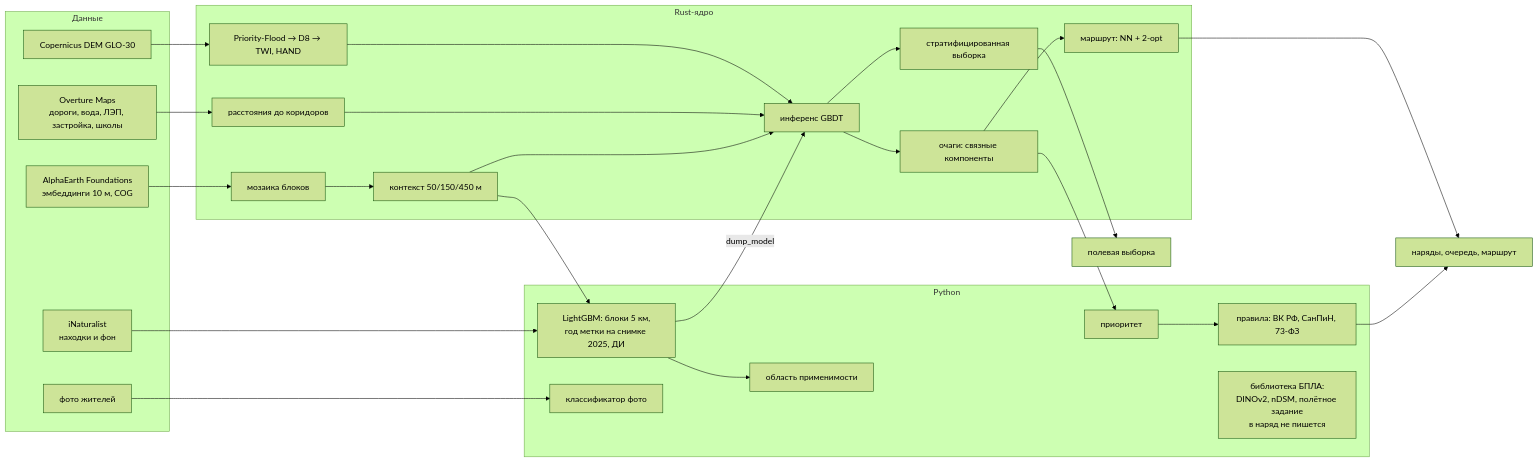
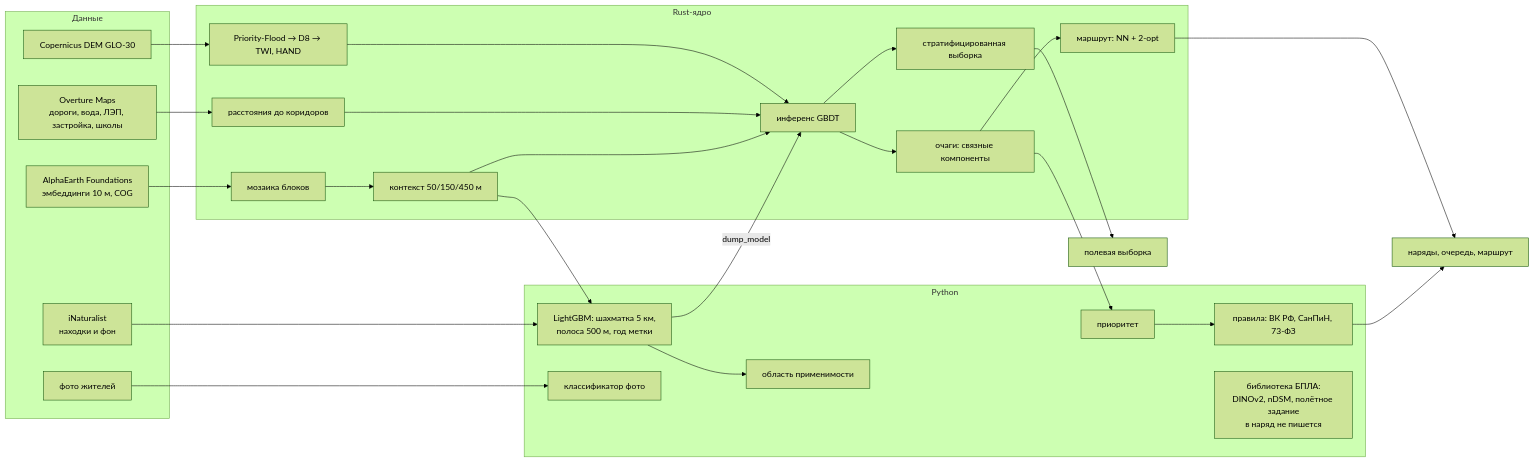
Before and after one commit to KonkovDV/InvaRadar: the diagram in docs/ARCHITECTURE.md, drawn with Mermaid (forest theme). The commit also changed other lines of this file and 39 other files, not shown here.

````diff
--- a/docs/ARCHITECTURE.md
+++ b/docs/ARCHITECTURE.md
@@ -3,39 +3,39 @@
 ```mermaid
 flowchart LR
   subgraph Данные
     AEF[AlphaEarth Foundations<br/>эмбеддинги 10 м, COG]
     INAT[iNaturalist<br/>находки и фон]
     OV[Overture Maps<br/>дороги, вода, ЛЭП, застройка, школы]
     DEM[Copernicus DEM GLO-30]
     PH[фото жителей]
   end
   subgraph Rust-ядро
     MOS[мозаика блоков]
     CTX[контекст 50/150/450 м]
     EDT[расстояния до коридоров]
     TER[Priority-Flood → D8 → TWI, HAND]
     INF[инференс GBDT]
     HOT[очаги: связные компоненты]
     RT[маршрут: NN + 2-opt]
     STR[стратифицированная выборка]
   end
   subgraph Python
-    TRAIN[LightGBM: блоки 5 км,<br/>год метки на снимке 2025, ДИ]
+    TRAIN[LightGBM: шахматка 5 км,<br/>полоса 500 м, год метки]
     PRI[приоритет]
     LAW[правила: ВК РФ, СанПиН, 73-ФЗ]
     AOA[область применимости]
     VER[классификатор фото]
     UAV[библиотека БПЛА:<br/>DINOv2, nDSM, полётное задание<br/>в наряд не пишется]
   end
   AEF --> MOS --> CTX --> INF
   OV --> EDT --> INF
   DEM --> TER --> INF
   INAT --> TRAIN
   CTX --> TRAIN
   TRAIN -->|dump_model| INF
   INF --> HOT --> PRI --> LAW --> WO[наряды, очередь, маршрут]
   HOT --> RT --> WO
   INF --> STR --> VAL[полевая выборка]
   TRAIN --> AOA
   PH --> VER
 ```
````
